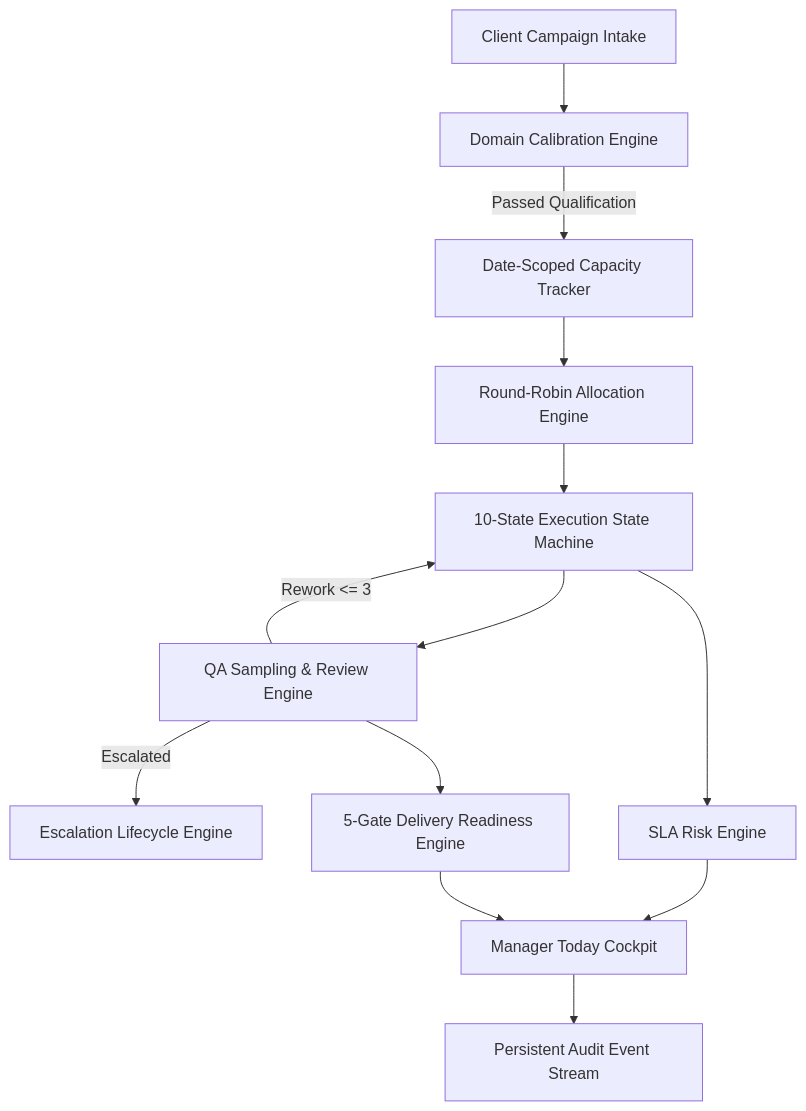
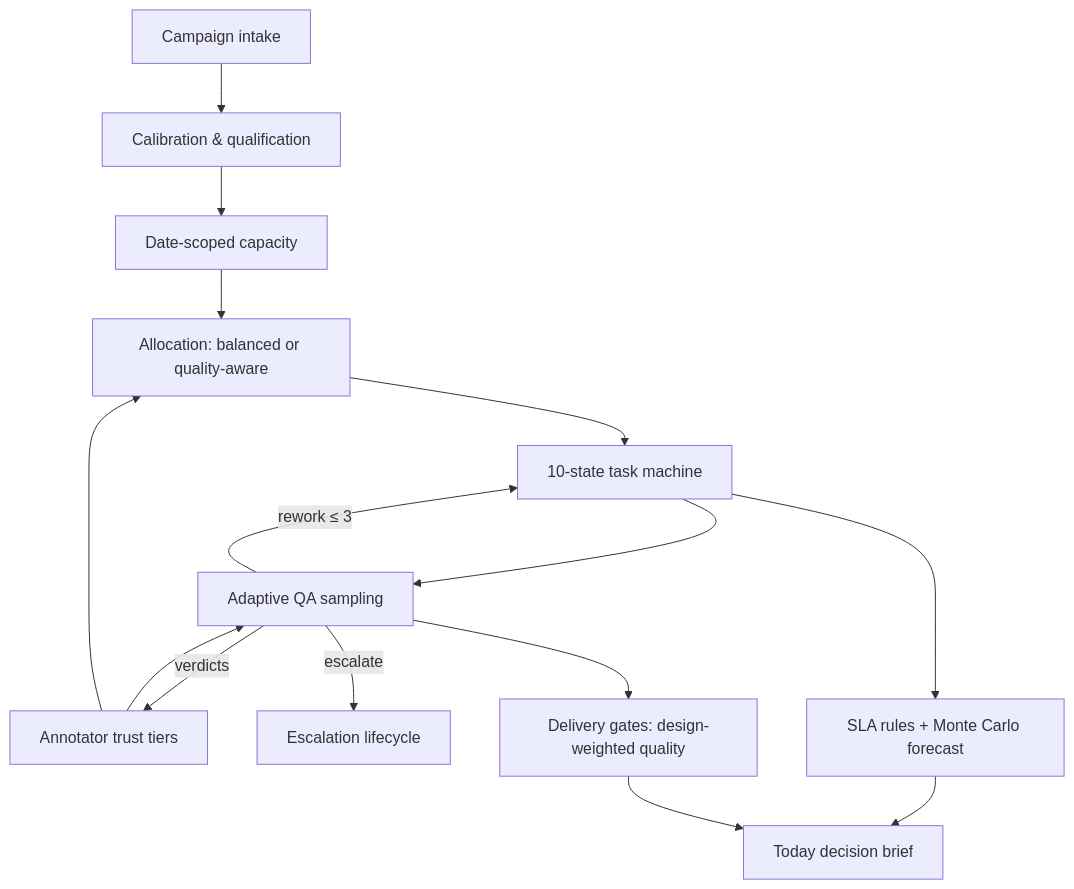
One commit to kveigas/opspilot changed the diagram in README.md. Above: the diagram before and after it, drawn with Mermaid. The commit also changed other lines of this file and 111 other files, not shown here.

````diff
--- a/README.md
+++ b/README.md
@@ -35,15 +68,17 @@
 ```mermaid
 graph TD
-    A[Client Campaign Intake] --> B[Domain Calibration Engine]
-    B -->|Passed Qualification| C[Date-Scoped Capacity Tracker]
-    C --> D[Round-Robin Allocation Engine]
-    D --> E[10-State Execution State Machine]
-    E --> F[QA Sampling & Review Engine]
-    F -->|Rework <= 3| E
-    F -->|Escalated| G[Escalation Lifecycle Engine]
-    E --> H[SLA Risk Engine]
-    F --> I[5-Gate Delivery Readiness Engine]
-    H --> J[Manager Today Cockpit]
+    A[Campaign intake] --> B[Calibration & qualification]
+    B --> C[Date-scoped capacity]
+    C --> D[Allocation: balanced or quality-aware]
+    D --> E[10-state task machine]
+    E --> F[Adaptive QA sampling]
+    F -->|verdicts| T[Annotator trust tiers]
+    T --> F
+    T --> D
+    F -->|rework ≤ 3| E
+    F -->|escalate| G[Escalation lifecycle]
+    E --> H[SLA rules + Monte Carlo forecast]
+    F --> I[Delivery gates: design-weighted quality]
+    H --> J[Today decision brief]
     I --> J
-    J --> K[Persistent Audit Event Stream]
 ```
````
